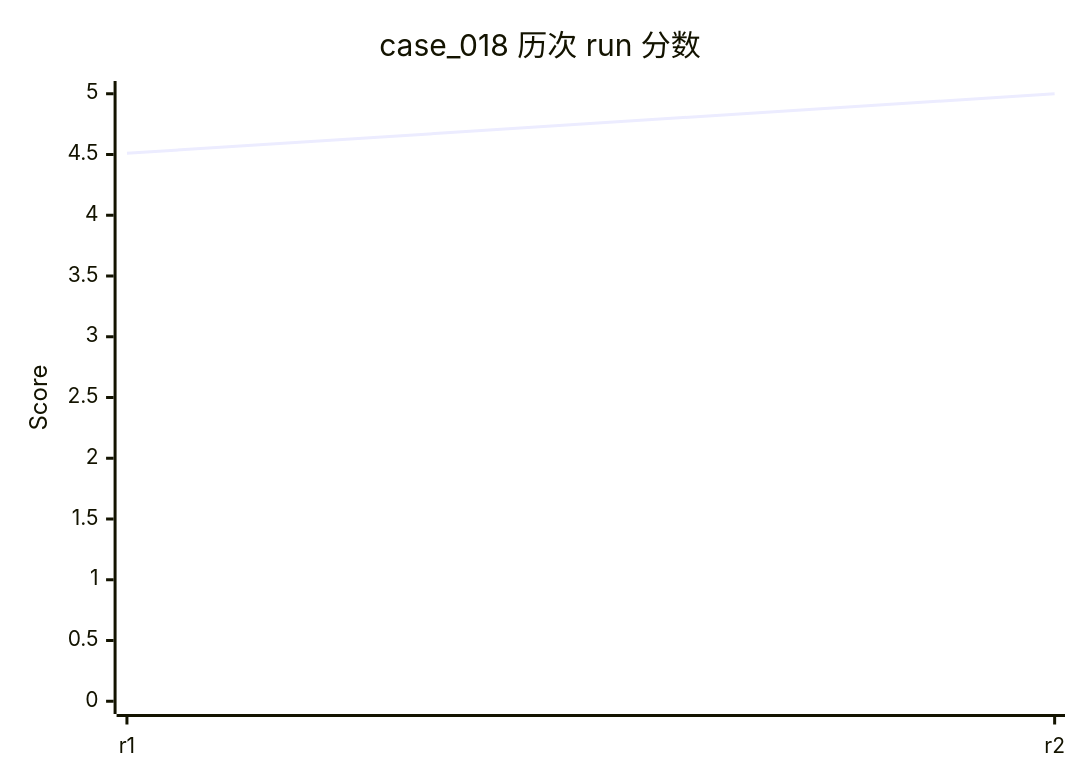
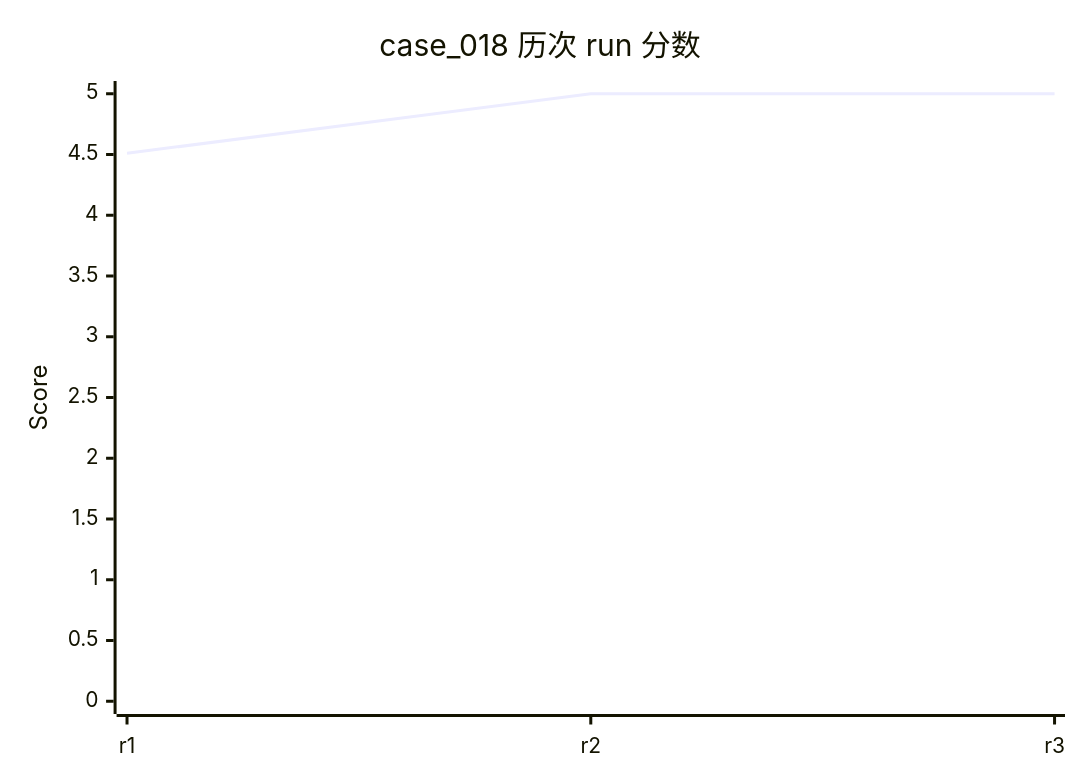
Before and after one commit to rushengzhou/sid-code: diagram 22 of 58 in evals/DASHBOARD.md, drawn with Mermaid. The commit also changed other lines of this file and 57 other files, not shown here.

````diff
--- a/evals/DASHBOARD.md
+++ b/evals/DASHBOARD.md
@@ -480,7 +482,7 @@
 ```mermaid
 xychart-beta
     title "case_018 历次 run 分数"
-    x-axis [r1, r2]
+    x-axis [r1, r2, r3]
     y-axis "Score" 0 --> 5
-    line [4.51, 5.00]
+    line [4.51, 5.00, 5.00]
 ```
````
